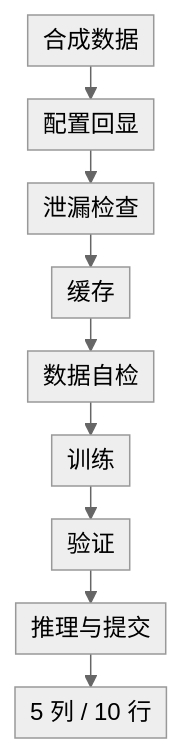
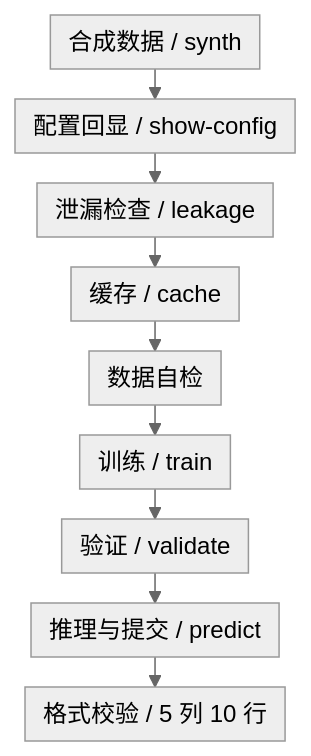
One commit to cixiy1/Yuki-blog changed the ninth of 9 diagrams in src/content/posts/chest-smart-diagnosis.md. Above: the diagram before and after it, drawn with Mermaid (neutral theme). The commit also changed other lines of this file, not shown here.

Commit message:
fix(posts): 槽位图合并节点、冒烟图补命令名，全部图比例 >=0.79

````diff
--- a/src/content/posts/chest-smart-diagnosis.md
+++ b/src/content/posts/chest-smart-diagnosis.md
@@ -521,6 +520,6 @@
 ```mermaid
-%%{init: {"flowchart": {"nodeSpacing": 16, "rankSpacing": 22, "padding": 5, "wrappingWidth": 150}}}%%
+%%{init: {"flowchart": {"nodeSpacing": 16, "rankSpacing": 20, "padding": 6, "wrappingWidth": 170}}}%%
 flowchart TB
-  S1["合成数据"] --> S2["配置回显"] --> S3["泄漏检查"] --> S4["缓存"] --> S5["数据自检"]
-  S5 --> S6["训练"] --> S7["验证"] --> S8["推理与提交"] --> S9["5 列 / 10 行"]
+  S1["合成数据 / synth"] --> S2["配置回显 / show-config"] --> S3["泄漏检查 / leakage"] --> S4["缓存 / cache"] --> S5["数据自检"]
+  S5 --> S6["训练 / train"] --> S7["验证 / validate"] --> S8["推理与提交 / predict"] --> S9["格式校验 / 5 列 10 行"]
 ```
````
